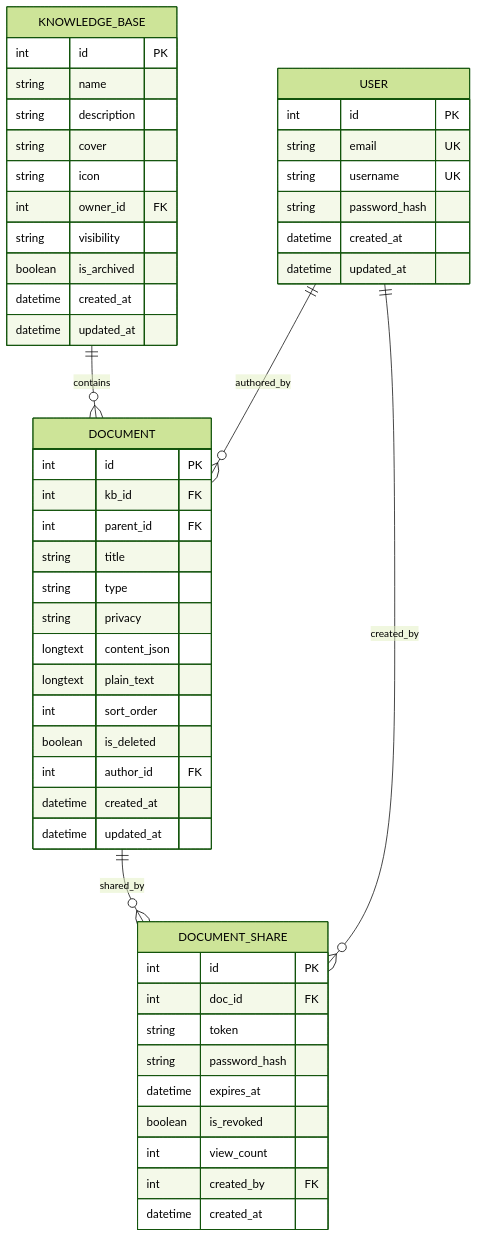
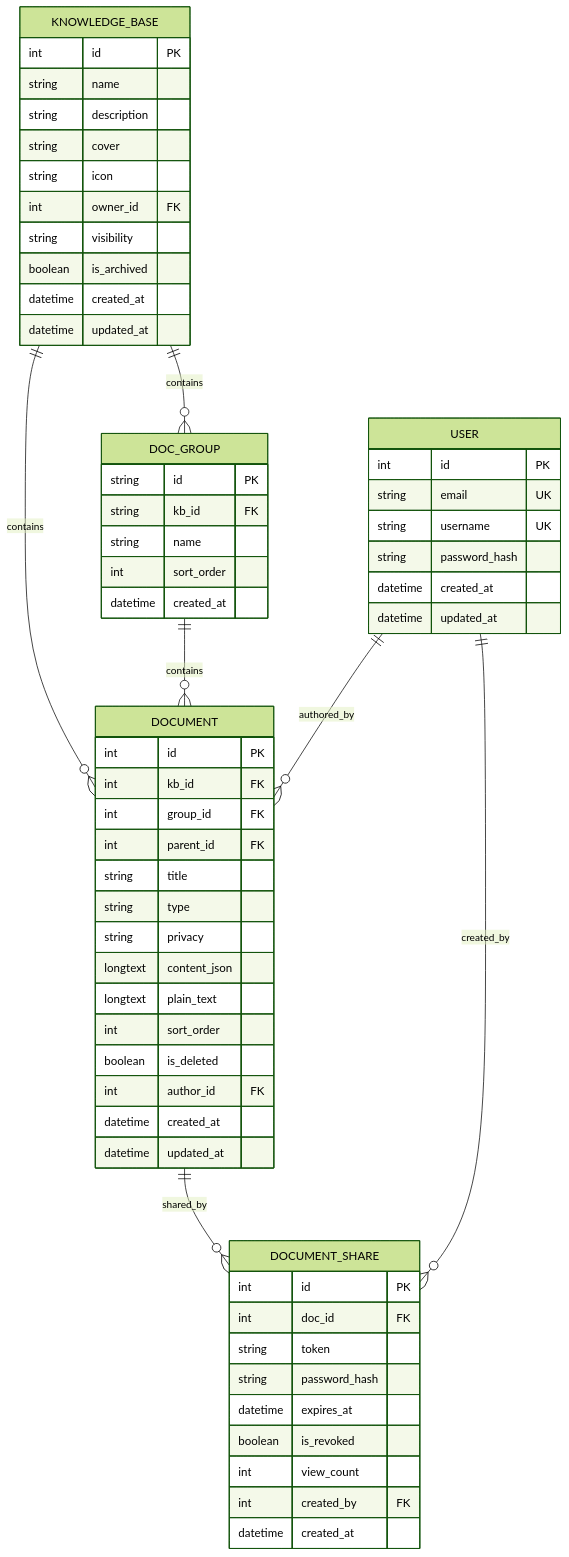
Before and after one commit to beyondalbert/my_wiki: the second of 18 diagrams in .qoder/repowiki/zh/content/架构设计/蓝图系统设计/文档蓝图 (Document Blueprint).md, drawn with Mermaid (forest theme). The commit also changed other lines of this file and 5 other files, not shown here.

````diff
--- a/.qoder/repowiki/zh/content/架构设计/蓝图系统设计/文档蓝图 (Document Blueprint).md
+++ b/.qoder/repowiki/zh/content/架构设计/蓝图系统设计/文档蓝图 (Document Blueprint).md
@@ -177,53 +182,63 @@
 ```mermaid
 erDiagram
 KNOWLEDGE_BASE {
 int id PK
 string name
 string description
 string cover
 string icon
 int owner_id FK
 string visibility
 boolean is_archived
 datetime created_at
 datetime updated_at
 }
+DOC_GROUP {
+string id PK
+string kb_id FK
+string name
+int sort_order
+datetime created_at
+}
 DOCUMENT {
 int id PK
 int kb_id FK
+int group_id FK
 int parent_id FK
 string title
 string type
 string privacy
 longtext content_json
 longtext plain_text
 int sort_order
 boolean is_deleted
 int author_id FK
 datetime created_at
 datetime updated_at
 }
 DOCUMENT_SHARE {
 int id PK
 int doc_id FK
 string token
 string password_hash
 datetime expires_at
 boolean is_revoked
 int view_count
 int created_by FK
 datetime created_at
 }
 USER {
 int id PK
 string email UK
 string username UK
 string password_hash
 datetime created_at
 datetime updated_at
 }
 KNOWLEDGE_BASE ||--o{ DOCUMENT : contains
+KNOWLEDGE_BASE ||--o{ DOC_GROUP : contains
+DOC_GROUP ||--o{ DOCUMENT : contains
 DOCUMENT ||--o{ DOCUMENT_SHARE : shared_by
 USER ||--o{ DOCUMENT : authored_by
 USER ||--o{ DOCUMENT_SHARE : created_by
 ```
````
